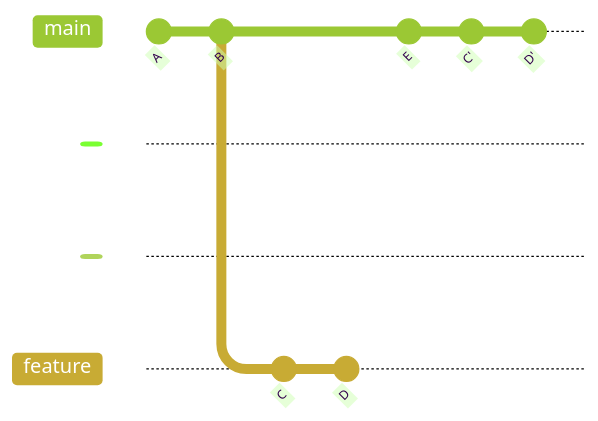
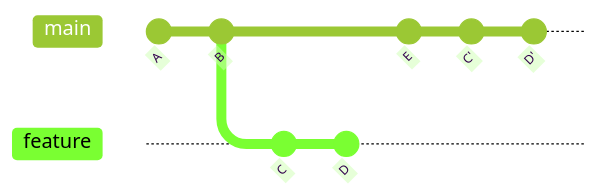
The sixth of 7 diagrams in git-talk/slides.md (Conorrr/talks), drawn with Mermaid (forest theme) before and after one commit. The commit also changed other lines of this file, not shown here.

````diff
--- a/git-talk/slides.md
+++ b/git-talk/slides.md
@@ -604,15 +526,13 @@
 ```mermaid
 gitGraph
    commit id: "A"
    commit id: "B"
-   branch " "
-   branch "  "
    branch feature
    checkout feature
    commit id: "C"
    commit id: "D"
    checkout main
    commit id: "E"
    commit id: "C'"
    commit id: "D'"
 ```
````
